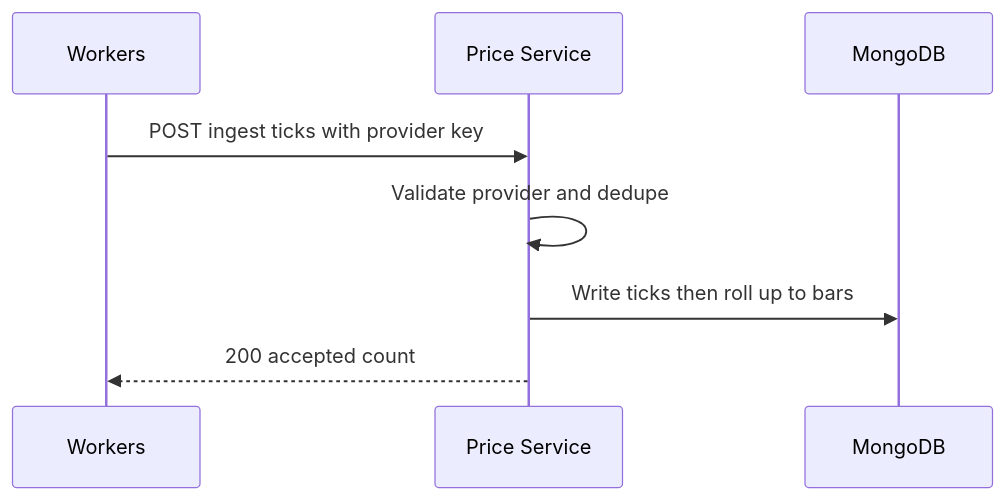
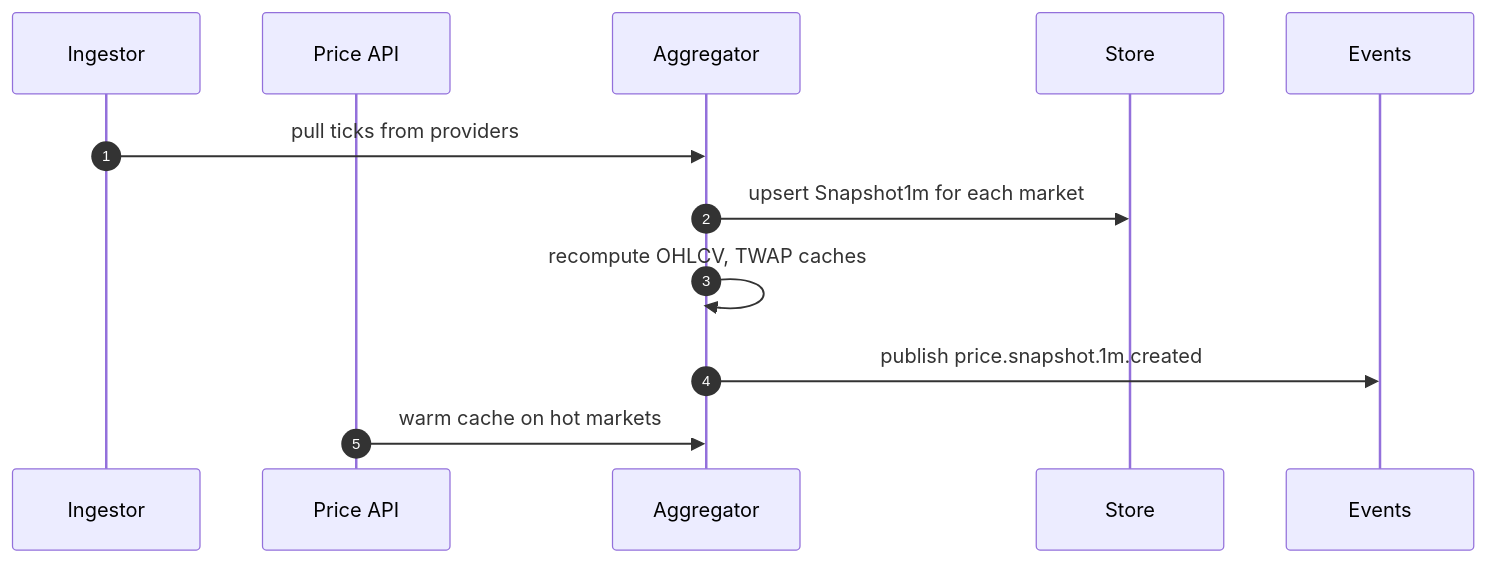
One commit to fuzeac/fuze-telegram-mini-app changed the second of 4 diagrams in miniapp-price-service.md. Above: the diagram before and after it, drawn with Mermaid. The commit also changed other lines of this file, not shown here.

````diff
--- a/miniapp-price-service.md
+++ b/miniapp-price-service.md
@@ -112,10 +95,15 @@
 ```mermaid
 sequenceDiagram
-participant WK as Workers
-participant PR as Price Service
-participant DB as MongoDB
-WK->>PR: POST ingest ticks with provider key
-PR->>PR: Validate provider and dedupe
-PR->>DB: Write ticks then roll up to bars
-PR-->>WK: 200 accepted count
+  autonumber
+  participant JOB as Ingestor
+  participant API as Price API
+  participant AGG as Aggregator
+  participant DB as Store
+  participant EVT as Events
+
+  JOB->>AGG: pull ticks from providers
+  AGG->>DB: upsert Snapshot1m for each market
+  AGG->>AGG: recompute OHLCV, TWAP caches
+  AGG->>EVT: publish price.snapshot.1m.created
+  API->>AGG: warm cache on hot markets
 ```
````
